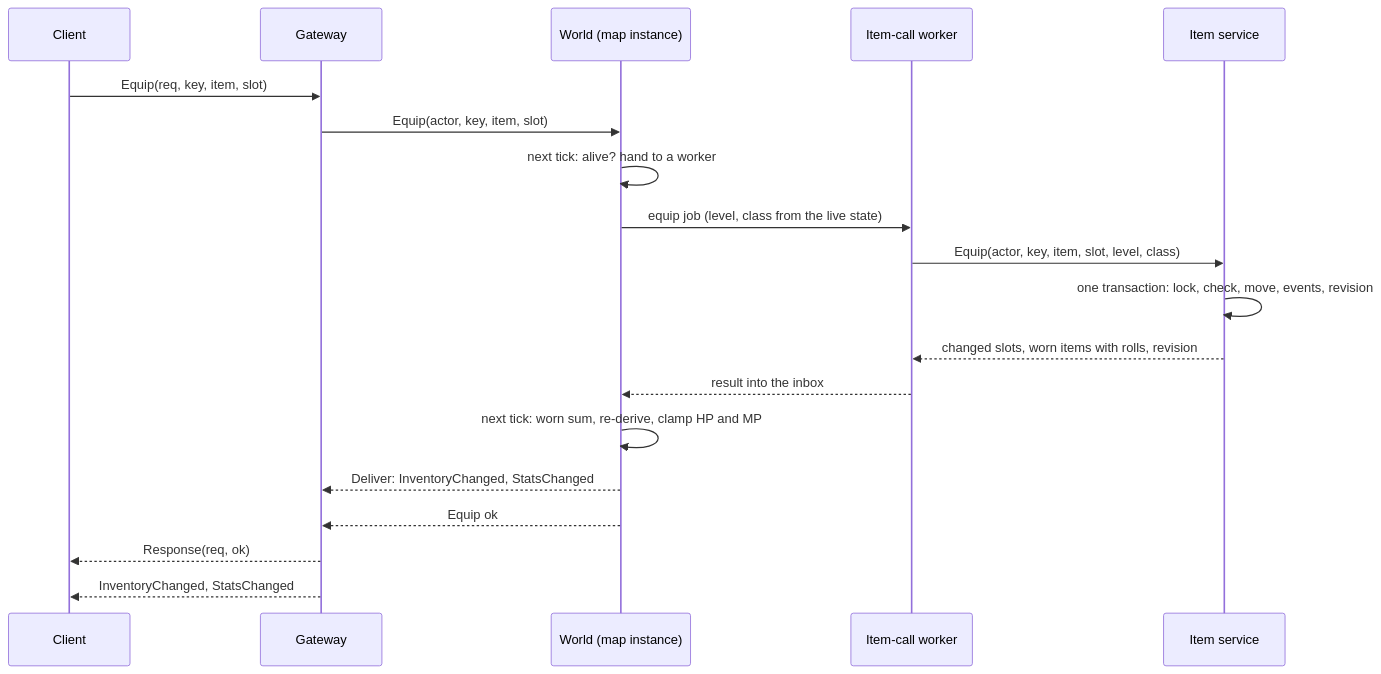
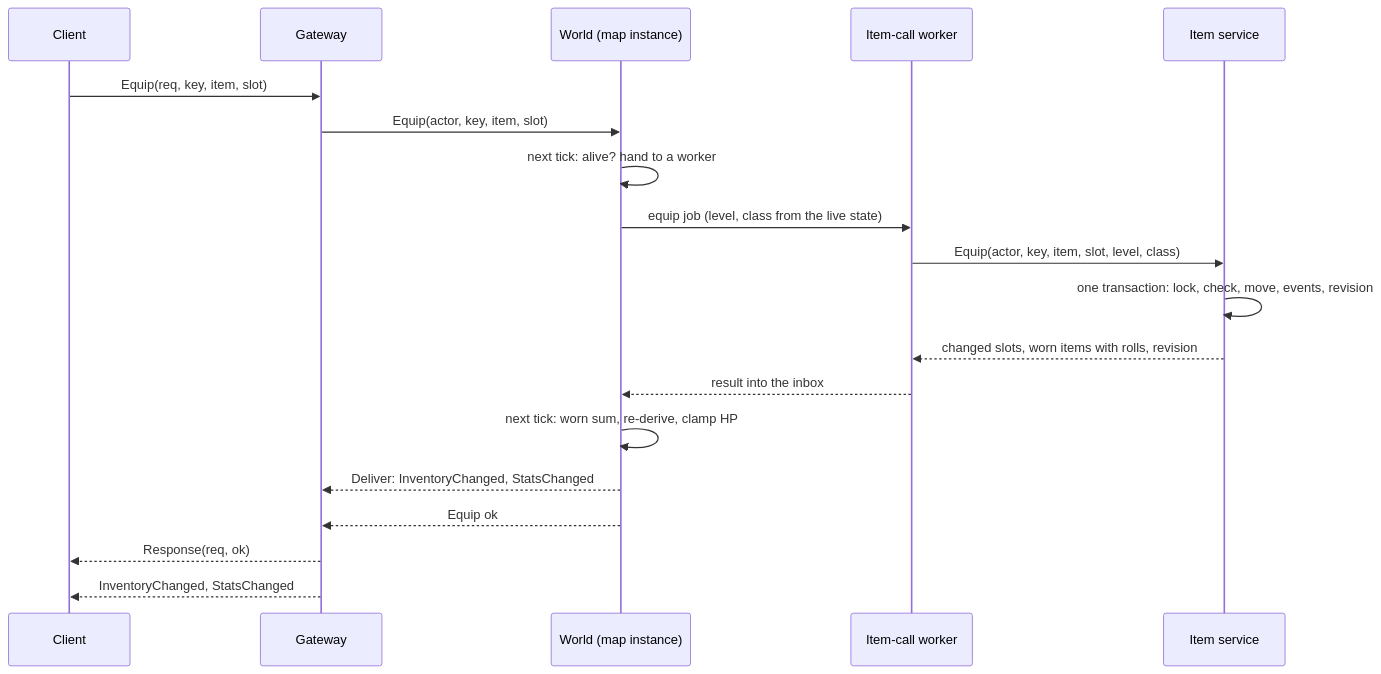
One commit to zranitm/finga changed the diagram in docs/tech/equipment-and-item-details.md. Above: the diagram before and after it, drawn with Mermaid. The commit also changed other lines of this file and 7 other files, not shown here.

````diff
--- a/docs/tech/equipment-and-item-details.md
+++ b/docs/tech/equipment-and-item-details.md
@@ -132,21 +132,21 @@
 ```mermaid
 sequenceDiagram
   participant C as Client
   participant G as Gateway
   participant W as World (map instance)
   participant P as Item-call worker
   participant I as Item service
   C->>G: Equip(req, key, item, slot)
   G->>W: Equip(actor, key, item, slot)
   W->>W: next tick: alive? hand to a worker
   W->>P: equip job (level, class from the live state)
   P->>I: Equip(actor, key, item, slot, level, class)
   I->>I: one transaction: lock, check, move, events, revision
   I-->>P: changed slots, worn items with rolls, revision
   P-->>W: result into the inbox
-  W->>W: next tick: worn sum, re-derive, clamp HP and MP
+  W->>W: next tick: worn sum, re-derive, clamp HP
   W-->>G: Deliver: InventoryChanged, StatsChanged
   W-->>G: Equip ok
   G-->>C: Response(req, ok)
   G-->>C: InventoryChanged, StatsChanged
 ```
````
